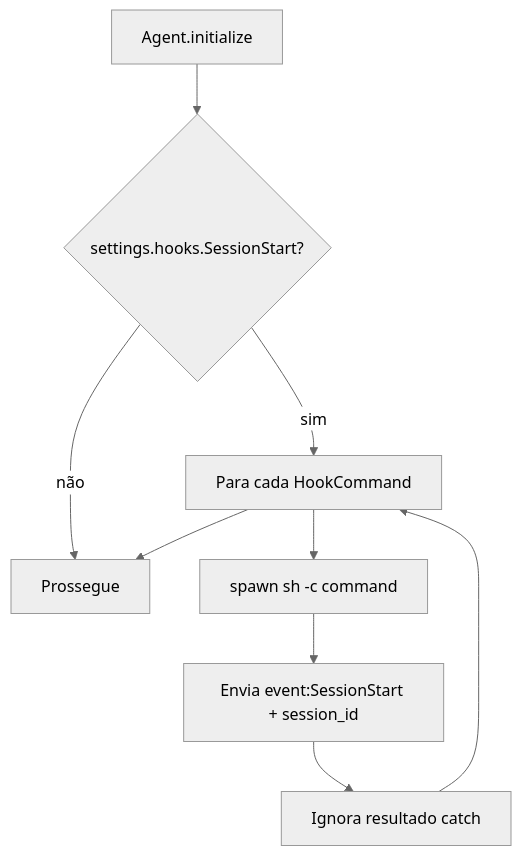
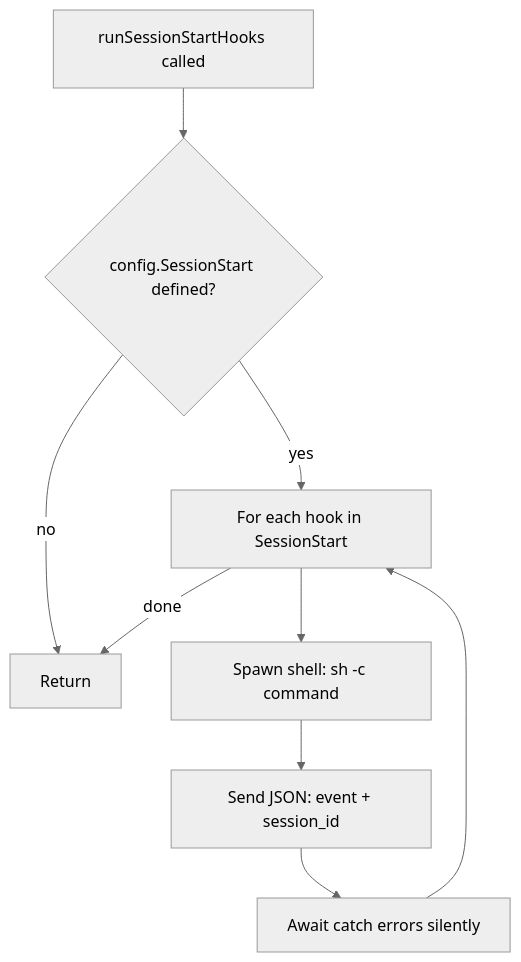
One commit to Hermenics/deepseek-code changed the third of 4 diagrams in _reversa_sdd/flowcharts/hooks.md. Above: the diagram before and after it, drawn with Mermaid (neutral theme). The commit also changed other lines of this file and 75 other files, not shown here.

First line of the commit message:
docs(sdd): translate ADRs and architecture docs to English, reorganize proxy module

````diff
--- a/_reversa_sdd/flowcharts/hooks.md
+++ b/_reversa_sdd/flowcharts/hooks.md
@@ -33,11 +63,11 @@
 ```mermaid
 flowchart TD
-    A[Agent.initialize] --> B{settings.hooks.SessionStart?}
-    B -->|não| C[Prossegue]
-    B -->|sim| D[Para cada HookCommand]
-    D --> E[spawn sh -c command]
-    E --> F[Envia event:SessionStart + session_id]
-    F --> G[Ignora resultado catch]
+    A[runSessionStartHooks called] --> B{config.SessionStart defined?}
+    B -->|no| C[Return]
+    B -->|yes| D[For each hook in SessionStart]
+    D --> E[Spawn shell: sh -c command]
+    E --> F[Send JSON: event + session_id]
+    F --> G[Await catch errors silently]
     G --> D
-    D --> C
+    D -->|done| C
 ```
````
